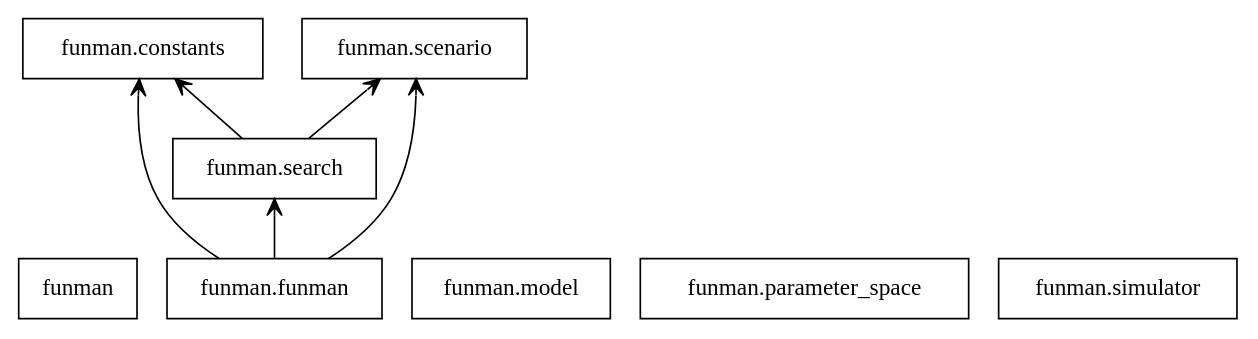
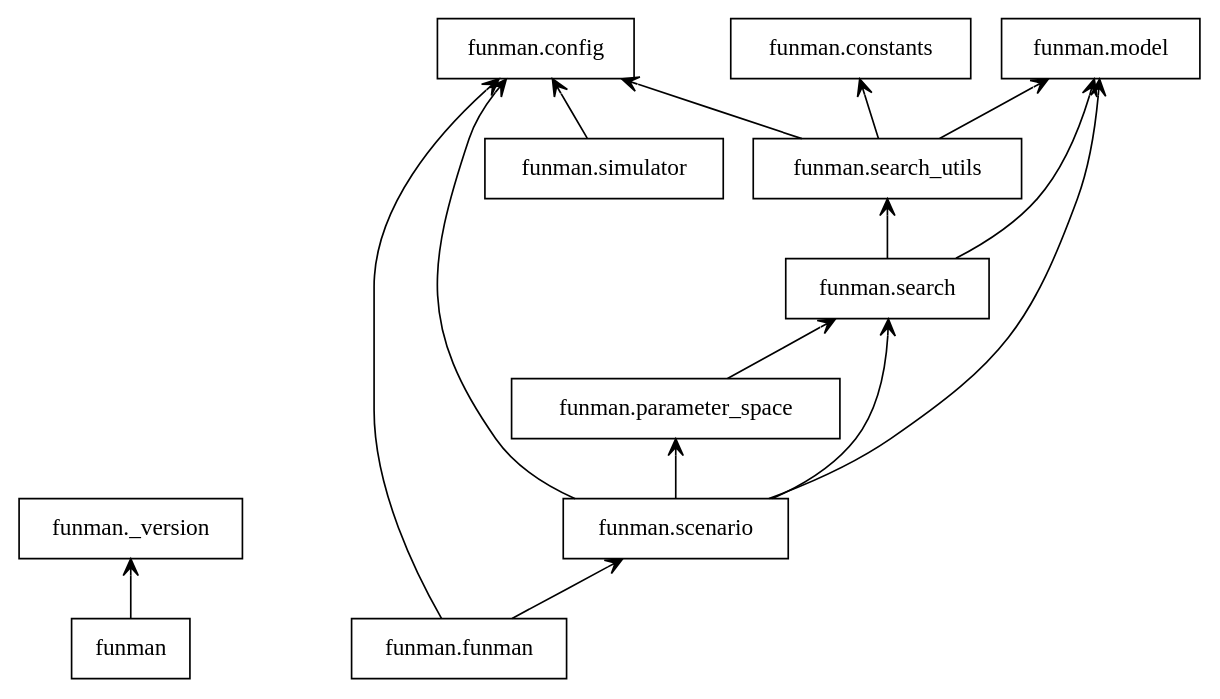
One commit to ml4ai/funman changed the diagram in docs/_static/packages.dot. Above: the diagram before and after it, drawn with Graphviz. The commit also changed 25 other files, not shown here.

```diff
--- a/docs/_static/packages.dot
+++ b/docs/_static/packages.dot
@@ -1,17 +1,29 @@
 digraph "packages" {
 rankdir=BT
 charset="utf-8"
 "funman" [color="black", label="funman", shape="box", style="solid"];
+"funman._version" [color="black", label="funman._version", shape="box", style="solid"];
+"funman.config" [color="black", label="funman.config", shape="box", style="solid"];
 "funman.constants" [color="black", label="funman.constants", shape="box", style="solid"];
 "funman.funman" [color="black", label="funman.funman", shape="box", style="solid"];
 "funman.model" [color="black", label="funman.model", shape="box", style="solid"];
 "funman.parameter_space" [color="black", label="funman.parameter_space", shape="box", style="solid"];
 "funman.scenario" [color="black", label="funman.scenario", shape="box", style="solid"];
 "funman.search" [color="black", label="funman.search", shape="box", style="solid"];
+"funman.search_utils" [color="black", label="funman.search_utils", shape="box", style="solid"];
 "funman.simulator" [color="black", label="funman.simulator", shape="box", style="solid"];
-"funman.funman" -> "funman.constants" [arrowhead="open", arrowtail="none"];
+"funman" -> "funman._version" [arrowhead="open", arrowtail="none"];
+"funman.funman" -> "funman.config" [arrowhead="open", arrowtail="none"];
 "funman.funman" -> "funman.scenario" [arrowhead="open", arrowtail="none"];
-"funman.funman" -> "funman.search" [arrowhead="open", arrowtail="none"];
-"funman.search" -> "funman.constants" [arrowhead="open", arrowtail="none"];
-"funman.search" -> "funman.scenario" [arrowhead="open", arrowtail="none"];
+"funman.parameter_space" -> "funman.search" [arrowhead="open", arrowtail="none"];
+"funman.scenario" -> "funman.config" [arrowhead="open", arrowtail="none"];
+"funman.scenario" -> "funman.model" [arrowhead="open", arrowtail="none"];
+"funman.scenario" -> "funman.parameter_space" [arrowhead="open", arrowtail="none"];
+"funman.scenario" -> "funman.search" [arrowhead="open", arrowtail="none"];
+"funman.search" -> "funman.model" [arrowhead="open", arrowtail="none"];
+"funman.search" -> "funman.search_utils" [arrowhead="open", arrowtail="none"];
+"funman.search_utils" -> "funman.config" [arrowhead="open", arrowtail="none"];
+"funman.search_utils" -> "funman.constants" [arrowhead="open", arrowtail="none"];
+"funman.search_utils" -> "funman.model" [arrowhead="open", arrowtail="none"];
+"funman.simulator" -> "funman.config" [arrowhead="open", arrowtail="none"];
 }
```
